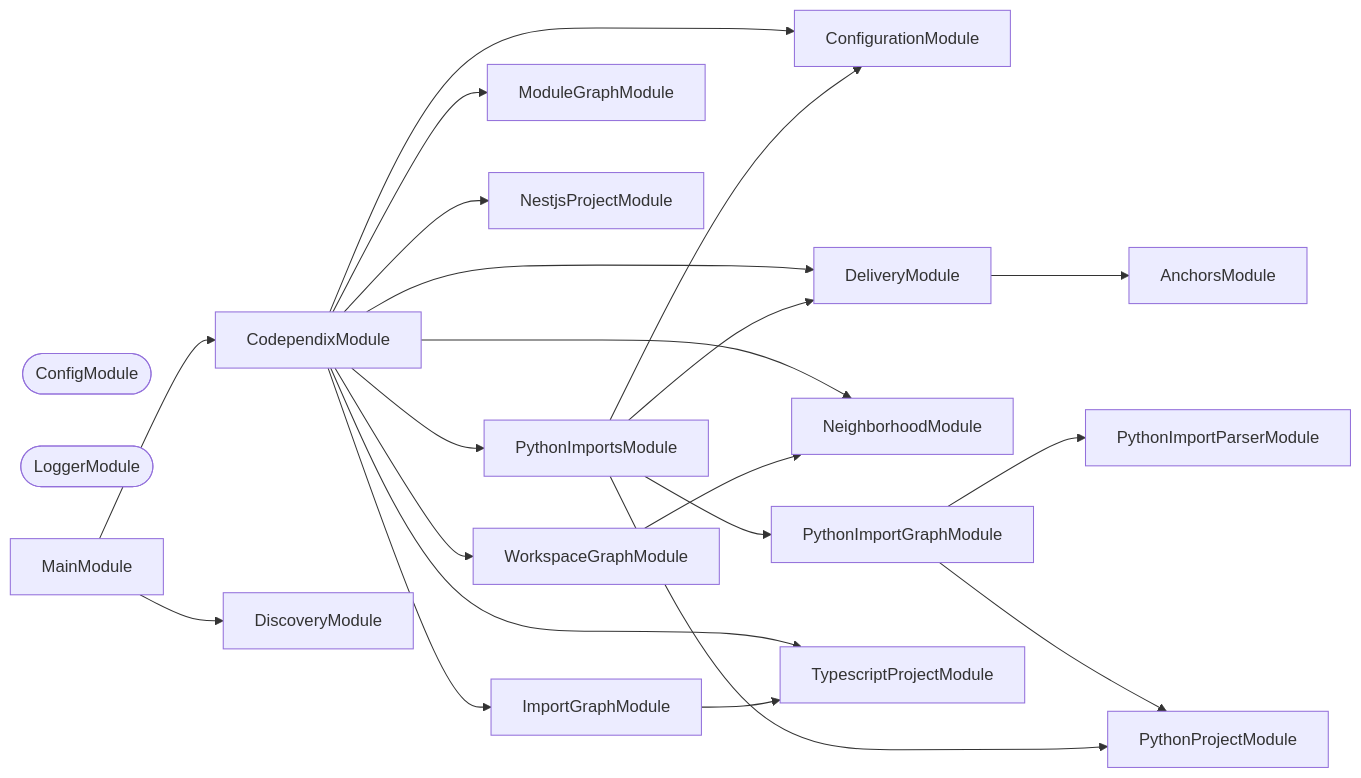
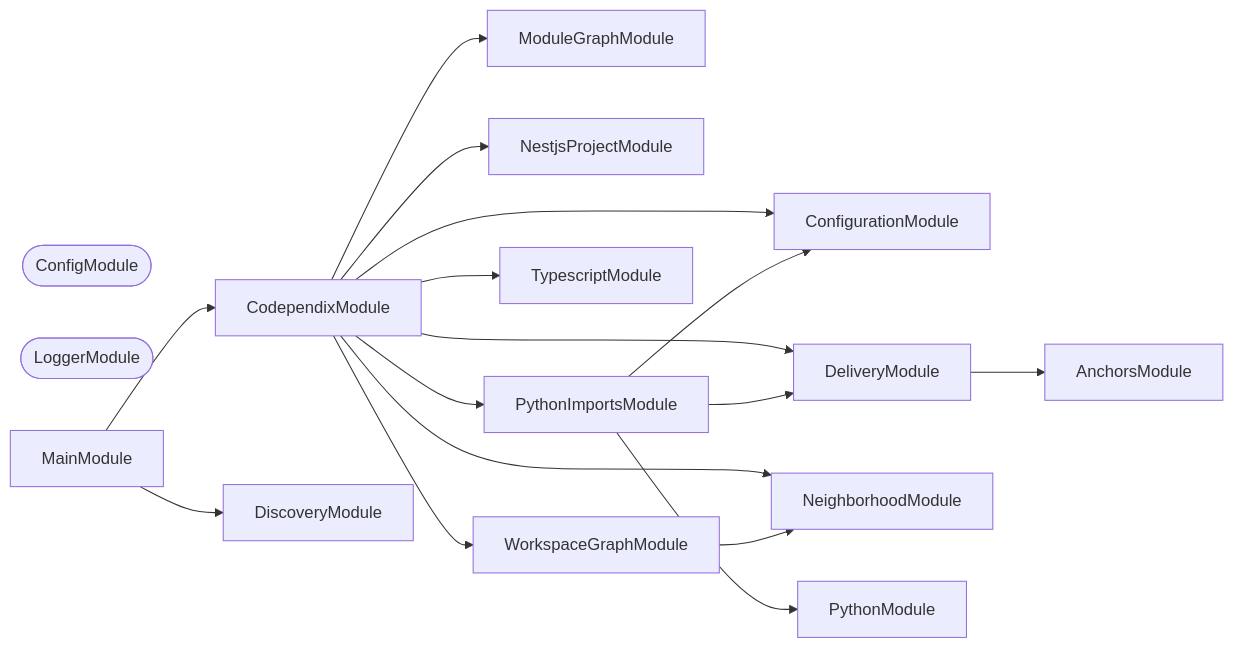
The second of 3 diagrams in packages/codependix-cli/README.md (JimmyPaolini/codebase), drawn with Mermaid before and after one commit. The commit also changed other lines of this file and 80 other files, not shown here.

Commit message:
refactor(codependix): ♻️ move python import graphs into codependix-imports

````diff
--- a/packages/codependix-cli/README.md
+++ b/packages/codependix-cli/README.md
@@ -106,41 +103,33 @@
 ```mermaid
 flowchart LR
   AnchorsModule
   CodependixModule
   ConfigModule([ConfigModule])
   ConfigurationModule
   DeliveryModule
   DiscoveryModule
-  ImportGraphModule
   LoggerModule([LoggerModule])
   MainModule
   ModuleGraphModule
   NeighborhoodModule
   NestjsProjectModule
-  PythonImportGraphModule
-  PythonImportParserModule
   PythonImportsModule
-  PythonProjectModule
-  TypescriptProjectModule
+  PythonModule
+  TypescriptModule
   WorkspaceGraphModule
   CodependixModule --> ConfigurationModule
   CodependixModule --> DeliveryModule
-  CodependixModule --> ImportGraphModule
   CodependixModule --> ModuleGraphModule
   CodependixModule --> NeighborhoodModule
   CodependixModule --> NestjsProjectModule
   CodependixModule --> PythonImportsModule
-  CodependixModule --> TypescriptProjectModule
+  CodependixModule --> TypescriptModule
   CodependixModule --> WorkspaceGraphModule
   DeliveryModule --> AnchorsModule
-  ImportGraphModule --> TypescriptProjectModule
   MainModule --> CodependixModule
   MainModule --> DiscoveryModule
-  PythonImportGraphModule --> PythonImportParserModule
-  PythonImportGraphModule --> PythonProjectModule
   PythonImportsModule --> ConfigurationModule
   PythonImportsModule --> DeliveryModule
-  PythonImportsModule --> PythonImportGraphModule
-  PythonImportsModule --> PythonProjectModule
+  PythonImportsModule --> PythonModule
   WorkspaceGraphModule --> NeighborhoodModule
 ```
````
